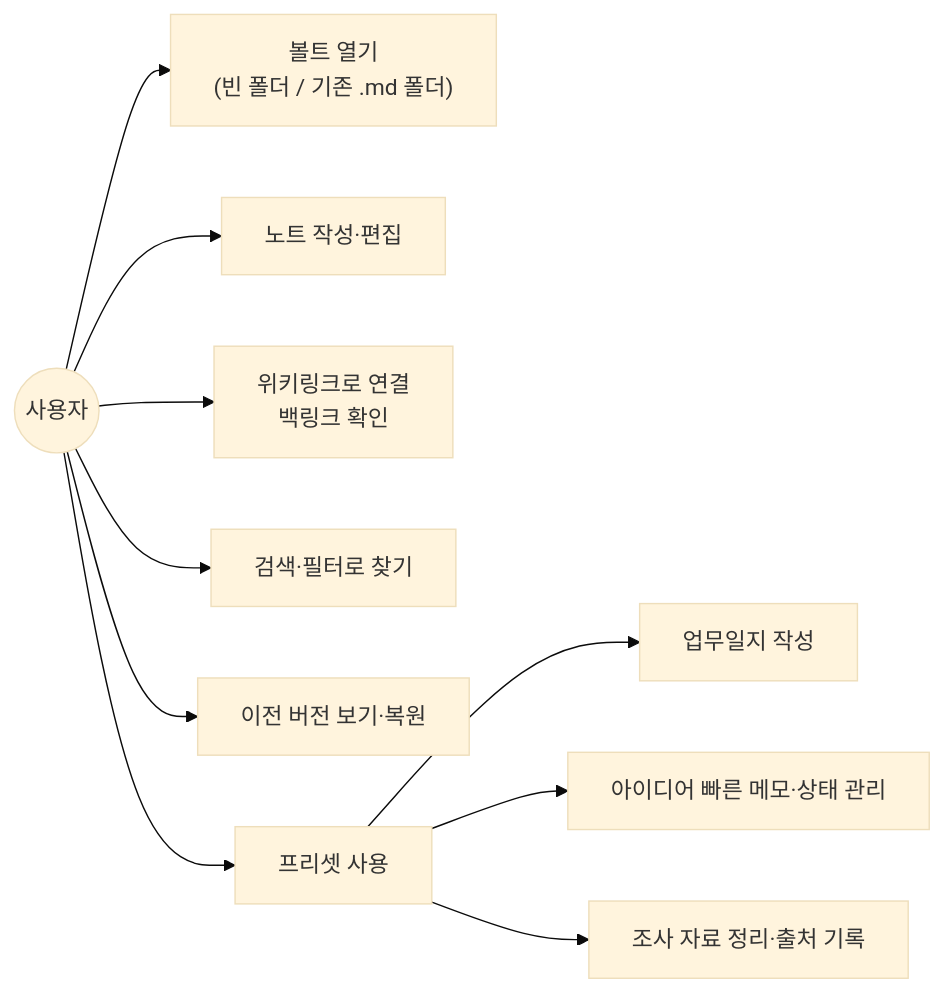
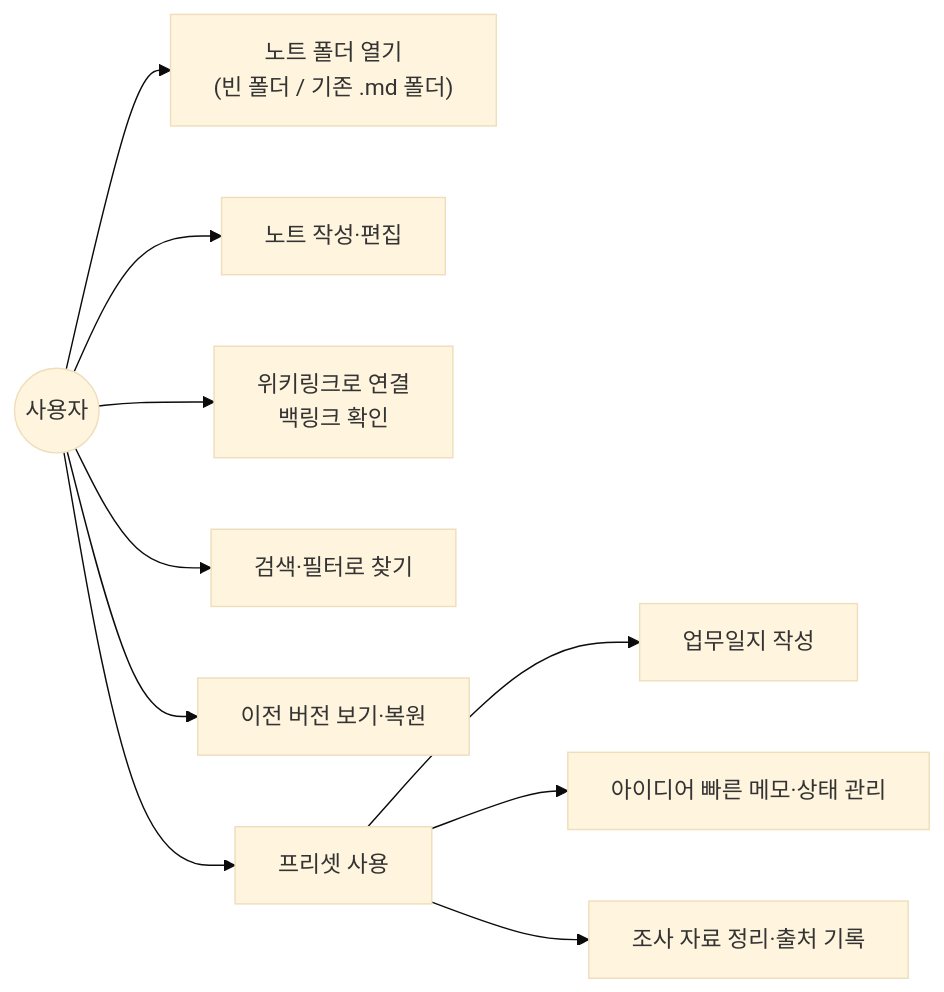
The diagram in docs/요구사항정의서.md (jinkyoin/notevine), drawn with Mermaid (base theme) before and after one commit. The commit also changed other lines of this file and 12 other files, not shown here.

````diff
--- a/docs/요구사항정의서.md
+++ b/docs/요구사항정의서.md
@@ -52,13 +52,13 @@
 ```mermaid
 flowchart LR
     U(("사용자"))
-    U --> A["볼트 열기<br/>(빈 폴더 / 기존 .md 폴더)"]
+    U --> A["노트 폴더 열기<br/>(빈 폴더 / 기존 .md 폴더)"]
     U --> B["노트 작성·편집"]
     U --> C["위키링크로 연결<br/>백링크 확인"]
     U --> D["검색·필터로 찾기"]
     U --> E["이전 버전 보기·복원"]
     U --> F["프리셋 사용"]
     F --> F1["업무일지 작성"]
     F --> F2["아이디어 빠른 메모·상태 관리"]
     F --> F3["조사 자료 정리·출처 기록"]
 ```
````
